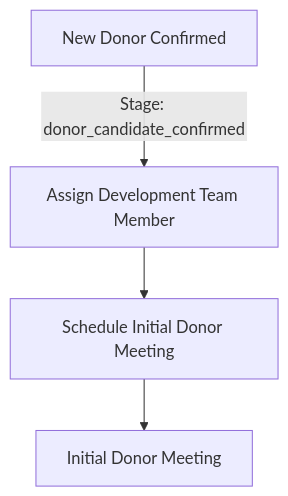
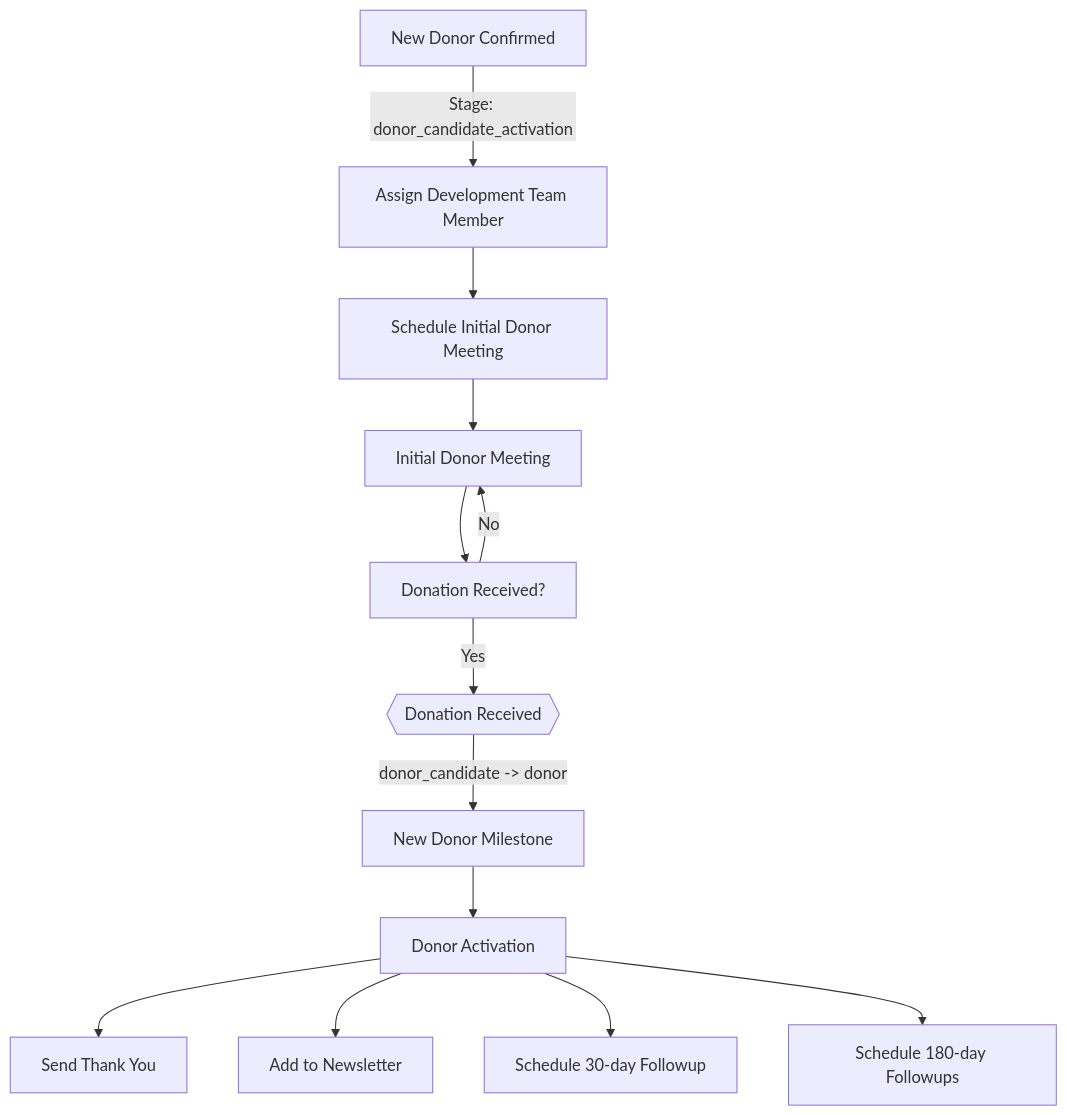
The second of 12 diagrams in app/Docs/Workflows.md (Apistolic/boh-larament), drawn with Mermaid before and after one commit. The commit also changed other lines of this file, not shown here.

````diff
--- a/app/Docs/Workflows.md
+++ b/app/Docs/Workflows.md
@@ -24,7 +24,16 @@
 ```mermaid
 flowchart TD
     %% New Donor Candidate Confirmed
-    A[New Donor Confirmed] -->|Stage: donor_candidate_confirmed| B[Assign Development Team Member]
+    A[New Donor Confirmed] -->|Stage: donor_candidate_activation| B[Assign Development Team Member]
     B --> C[Schedule Initial Donor Meeting]
     C --> D[Initial Donor Meeting]
+    D --> E[Donation Received?]
+    E --> |No| D
+    E --> |Yes| F{{Donation Received}}
+    F -->|donor_candidate -> donor| G[New Donor Milestone]
+    G --> H[Donor Activation]
+    H --> I[Send Thank You]
+    H --> J[Add to Newsletter]
+    H --> K[Schedule 30-day Followup]
+    H --> L[Schedule 180-day Followups]
 ```
````
